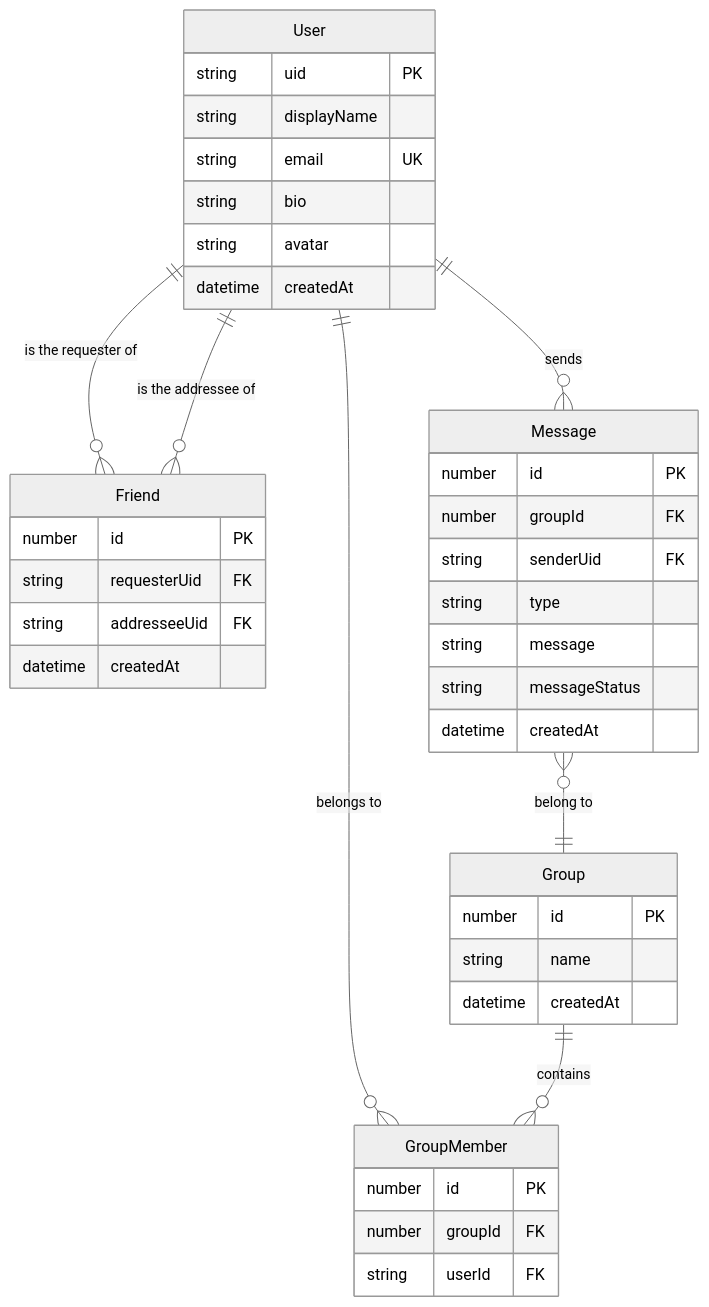
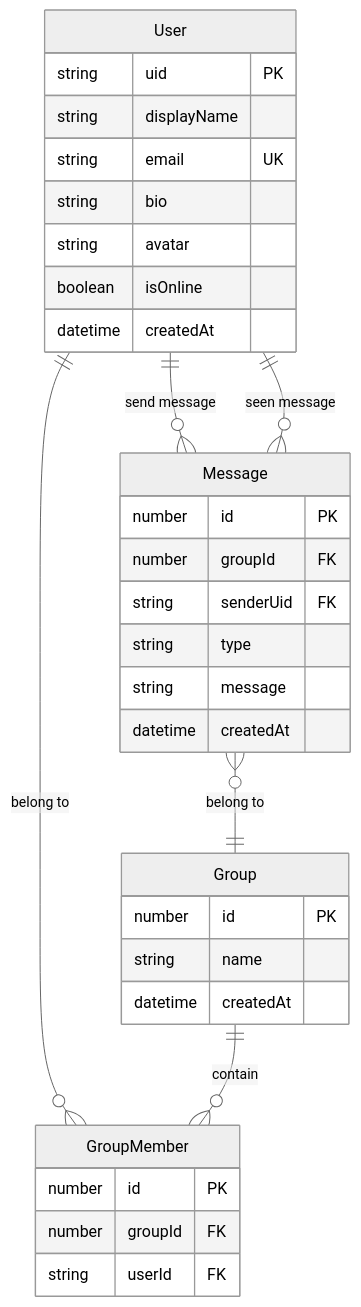
One commit to chanon-mike/u-and-i-chatapp changed the diagram in README.md. Above: the diagram before and after it, drawn with Mermaid (neutral theme). The commit also changed 10 other files, not shown here.

Commit message:
Fix db schema, api

````diff
--- a/README.md
+++ b/README.md
@@ -41,43 +41,36 @@
 ```mermaid
 erDiagram
-    User ||--o{ Friend: "is the requester of"
-    User ||--o{ Friend: "is the addressee of"
-    User ||--o{ GroupMember: "belongs to"
-    User ||--o{ Message: "sends"
-    Group ||--o{ GroupMember: "contains"
+    User ||--o{ GroupMember: "belong to"
+    User ||--o{ Message: "send message"
+    User ||--o{ Message: "seen message"
+    Group ||--o{ GroupMember: "contain"
     Message }o--|| Group: "belong to"
 
     User {
         string uid PK
         string displayName
         string email UK
         string bio
         string avatar
-        datetime createdAt
-    }
-    Friend {
-        number id PK
-        string requesterUid FK
-        string addresseeUid FK
+        boolean isOnline
         datetime createdAt
     }
     Group {
         number id PK
         string name
         datetime createdAt
     }
     GroupMember {
         number id PK
         number groupId FK
         string userId FK
     }
     Message {
         number id PK
         number groupId FK
         string senderUid FK
         string type
         string message
-        string messageStatus
         datetime createdAt
     }
 ```
````
